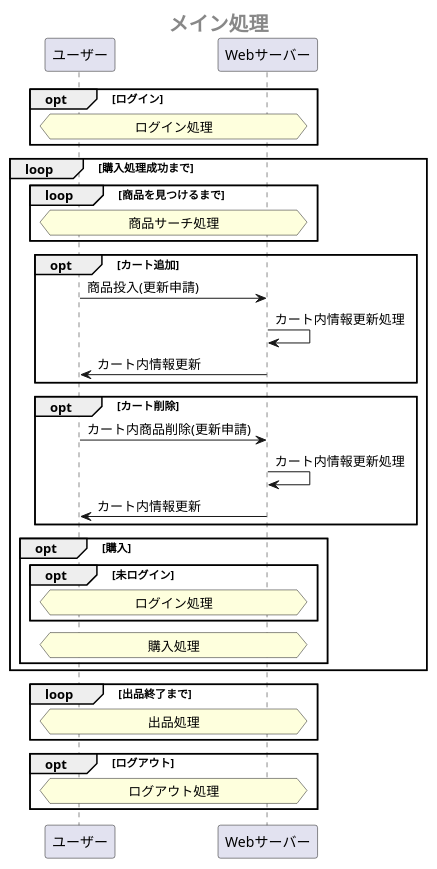
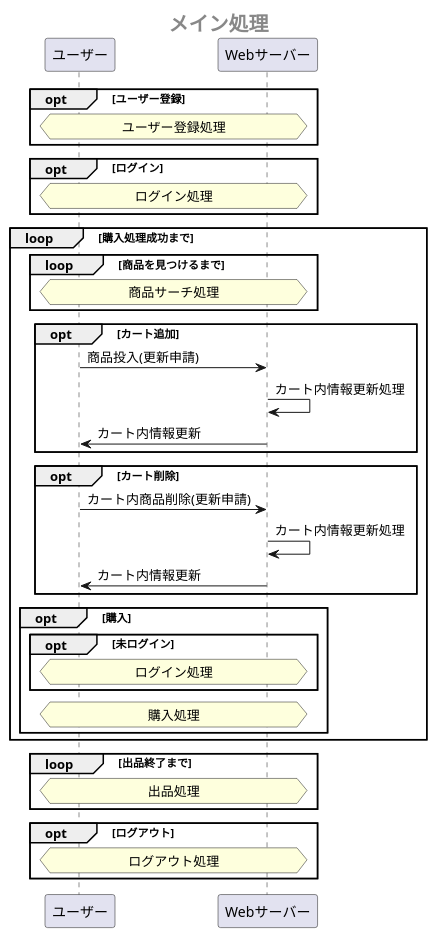
One commit to Aso2001147/system3 changed the first of 7 diagrams in 業務フロー図.md. Above: the diagram before and after it, drawn with PlantUML. The commit also changed other lines of this file, not shown here.

````diff
--- a/業務フロー図.md
+++ b/業務フロー図.md
@@ -1,42 +1,44 @@
 ```uml 
 @startuml 
  center header <size:20><b>メイン処理</b></size>
- 
+ opt ユーザー登録
+  hnote across: ユーザー登録処理
+ end
  opt ログイン
   hnote across: ログイン処理
  end
 
  loop 購入処理成功まで
   loop 商品を見つけるまで
    hnote across: 商品サーチ処理
   end
 
   opt カート追加
    ユーザー -> Webサーバー:商品投入(更新申請)
    Webサーバー -> Webサーバー:カート内情報更新処理
    Webサーバー ->ユーザー:カート内情報更新
   end
   opt カート削除
    ユーザー -> Webサーバー:カート内商品削除(更新申請)
    Webサーバー -> Webサーバー:カート内情報更新処理
    Webサーバー ->ユーザー:カート内情報更新
   end
 
   opt 購入
    opt 未ログイン
      hnote across: ログイン処理
    end
    hnote across: 購入処理
   end
 
  end
  
  loop 出品終了まで
   hnote across: 出品処理
  end
 
  opt ログアウト
   hnote across: ログアウト処理
  end
 @enduml
 ```
````
